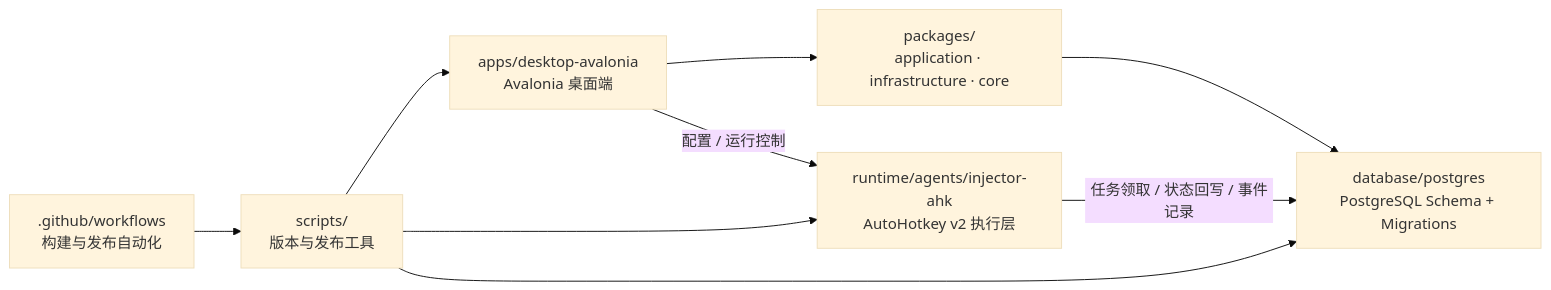
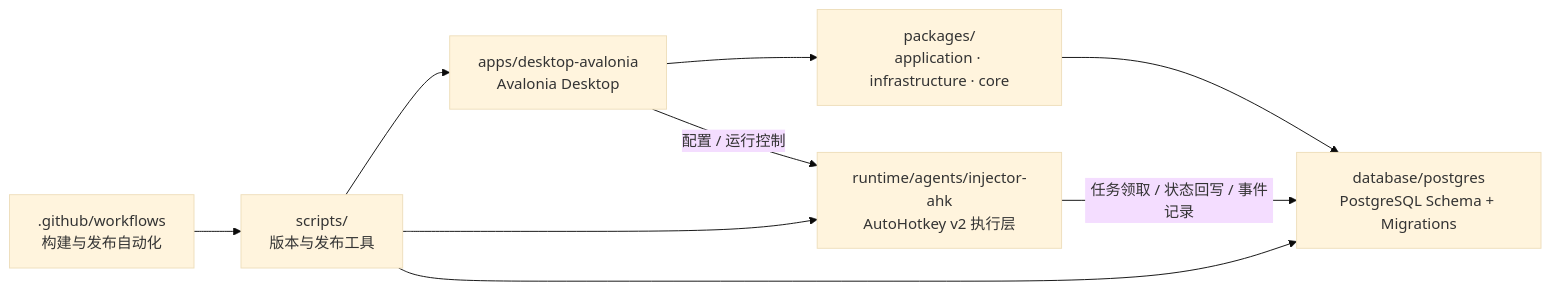
The diagram in README.zh-CN.md (pacmandoh/pactoolkits), drawn with Mermaid (base theme) before and after one commit. The commit also changed other lines of this file and 6 other files, not shown here.

````diff
--- a/README.zh-CN.md
+++ b/README.zh-CN.md
@@ -115,18 +115,18 @@
 ```mermaid
 flowchart LR
-    UI["apps/desktop-avalonia\nAvalonia 桌面端"]
+    DESKTOP["apps/desktop-avalonia\nAvalonia Desktop"]
     PKG["packages/\napplication · infrastructure · core"]
     AGENT["runtime/agents/injector-ahk\nAutoHotkey v2 执行层"]
     DB["database/postgres\nPostgreSQL Schema + Migrations"]
     SCRIPTS["scripts/\n版本与发布工具"]
     CI[".github/workflows\n构建与发布自动化"]
 
-    UI --> PKG
-    UI -->|配置 / 运行控制| AGENT
+    DESKTOP --> PKG
+    DESKTOP -->|配置 / 运行控制| AGENT
     AGENT -->|任务领取 / 状态回写 / 事件记录| DB
     PKG --> DB
-    SCRIPTS --> UI
+    SCRIPTS --> DESKTOP
     SCRIPTS --> AGENT
     SCRIPTS --> DB
     CI --> SCRIPTS
 ```
````
